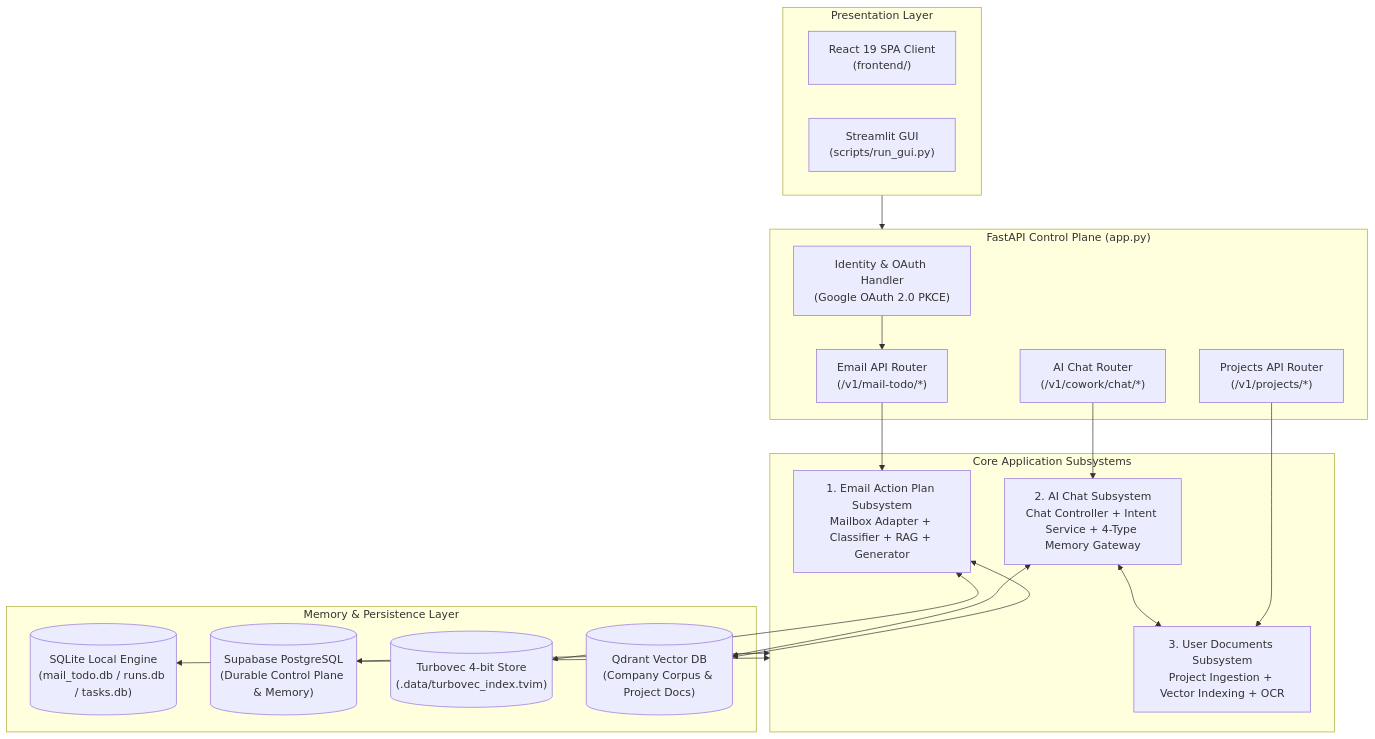
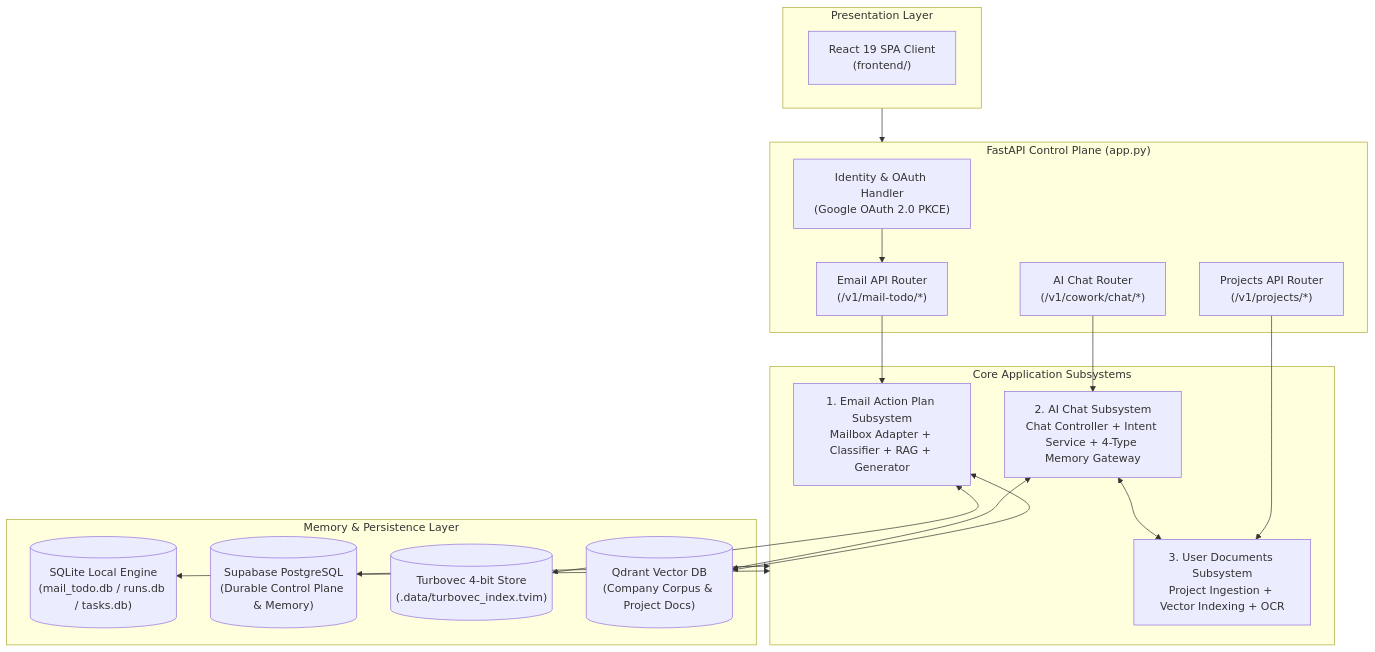
The diagram in docs/architectures/current-architectures/04-overall-architecture.md (MathematicGuy/EMAIL-AGENT-v1), drawn with Mermaid before and after one commit. The commit also changed other lines of this file and 39 other files, not shown here.

Commit message:
docs(architecture): sync current-architectures for single-tenant MVP and clean up stale context

````diff
--- a/docs/architectures/current-architectures/04-overall-architecture.md
+++ b/docs/architectures/current-architectures/04-overall-architecture.md
@@ -67,42 +67,41 @@
 ```mermaid
 flowchart TB
     subgraph PRESENTATION["Presentation Layer"]
         REACT["React 19 SPA Client<br/>(frontend/)"]
-        STREAMLIT["Streamlit GUI<br/>(scripts/run_gui.py)"]
     end
 
     subgraph CONTROL_PLANE["FastAPI Control Plane (app.py)"]
         AUTH["Identity & OAuth Handler<br/>(Google OAuth 2.0 PKCE)"]
         EMAIL_ROUTER["Email API Router<br/>(/v1/mail-todo/*)"]
         CHAT_ROUTER["AI Chat Router<br/>(/v1/cowork/chat/*)"]
         PROJECT_ROUTER["Projects API Router<br/>(/v1/projects/*)"]
     end
 
     subgraph SUBSYSTEMS["Core Application Subsystems"]
         SUB_EMAIL["1. Email Action Plan Subsystem<br/>Mailbox Adapter + Classifier + RAG + Generator"]
         SUB_CHAT["2. AI Chat Subsystem<br/>Chat Controller + Intent Service + 4-Type Memory Gateway"]
         SUB_DOCS["3. User Documents Subsystem<br/>Project Ingestion + Vector Indexing + OCR"]
     end
 
     subgraph MEMORY_STORES["Memory & Persistence Layer"]
         DB_LOCAL[("SQLite Local Engine<br/>(mail_todo.db / runs.db / tasks.db)")]
         DB_PG[("Supabase PostgreSQL<br/>(Durable Control Plane & Memory)")]
         VEC_TURBO[("Turbovec 4-bit Store<br/>(.data/turbovec_index.tvim)")]
         VEC_QDRANT[("Qdrant Vector DB<br/>(Company Corpus & Project Docs)")]
     end
 
     PRESENTATION --> CONTROL_PLANE
     AUTH --> EMAIL_ROUTER
     
     EMAIL_ROUTER --> SUB_EMAIL
     CHAT_ROUTER --> SUB_CHAT
     PROJECT_ROUTER --> SUB_DOCS
 
     SUB_CHAT <--> SUB_DOCS
     SUB_EMAIL <--> VEC_TURBO
     SUB_EMAIL <--> VEC_QDRANT
     SUB_CHAT <--> VEC_QDRANT
 
     SUBSYSTEMS <--> DB_LOCAL
     SUBSYSTEMS <--> DB_PG
 ```
````
